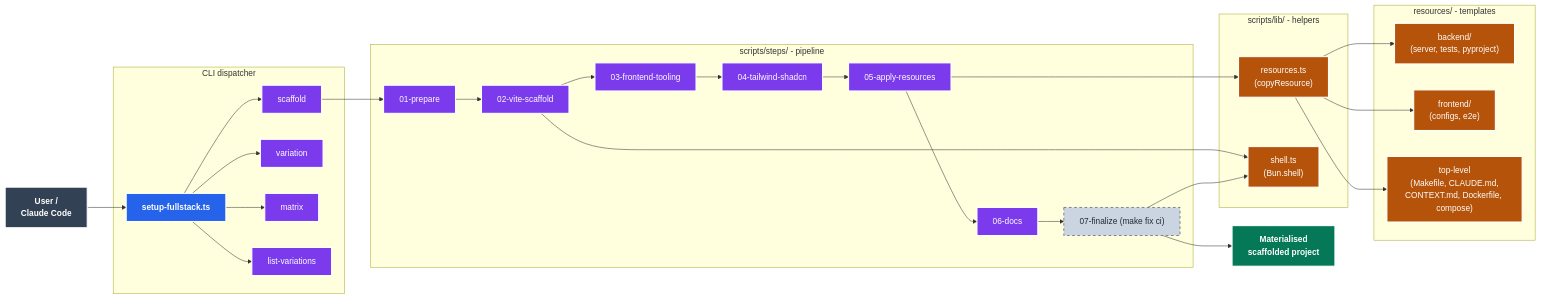
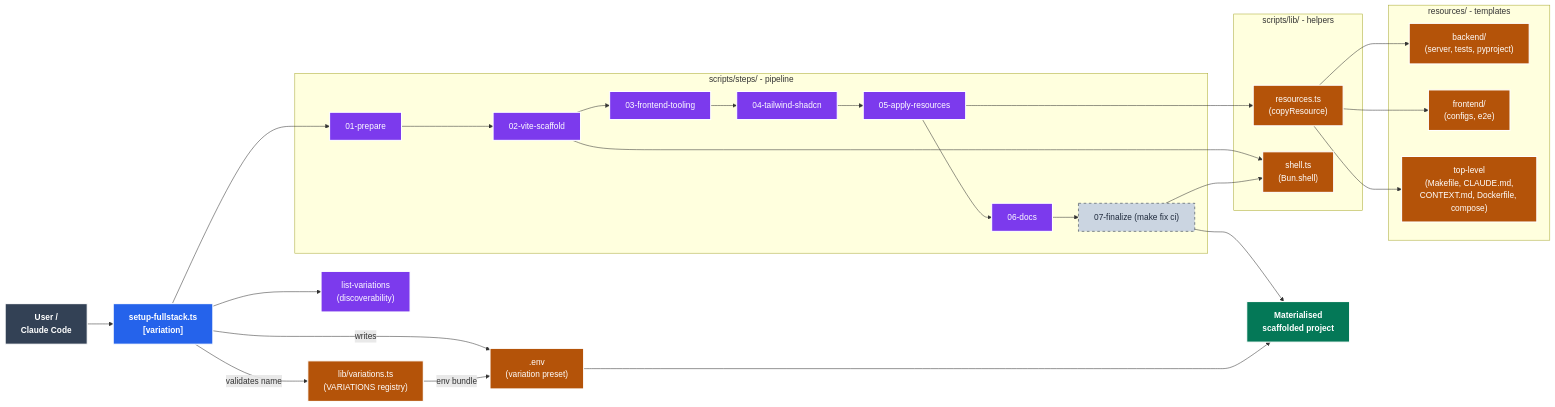
Before and after one commit to neozenith/agentic-dotfiles: the second of 4 diagrams in skills/setup-fullstack/README.md, drawn with Mermaid. The commit also changed other lines of this file and 8 other files, not shown here.

Commit message:
refactor(setup-fullstack): removed unneeded skill testing matrix from internal cli tool

````diff
--- a/skills/setup-fullstack/README.md
+++ b/skills/setup-fullstack/README.md
@@ -44,57 +45,54 @@
 ```mermaid
 flowchart LR
     User["User /<br/>Claude Code"]:::entry
-
-    subgraph CLISub["CLI dispatcher"]
-        Main["setup-fullstack.ts"]:::cli
-        ScaffoldCmd["scaffold"]:::backend
-        VariationCmd["variation"]:::backend
-        MatrixCmd["matrix"]:::backend
-        ListCmd["list-variations"]:::backend
-    end
+    Main["setup-fullstack.ts<br/>[variation]"]:::cli
+    ListCmd["list-variations<br/>(discoverability)"]:::backend
+    Variations["lib/variations.ts<br/>(VARIATIONS registry)"]:::data
 
     subgraph StepsSub["scripts/steps/ - pipeline"]
         S01["01-prepare"]:::backend
         S02["02-vite-scaffold"]:::backend
         S03["03-frontend-tooling"]:::backend
         S04["04-tailwind-shadcn"]:::backend
         S05["05-apply-resources"]:::backend
         S06["06-docs"]:::backend
         S07["07-finalize (make fix ci)"]:::test
     end
 
     subgraph LibsSub["scripts/lib/ - helpers"]
-        Resources["resources.ts<br/>(copyResource)"]:::data
+        ResourcesLib["resources.ts<br/>(copyResource)"]:::data
         Shell["shell.ts<br/>(Bun.shell)"]:::data
     end
 
     subgraph TreeSub["resources/ - templates"]
         BackendT["backend/<br/>(server, tests, pyproject)"]:::data
         FrontendT["frontend/<br/>(configs, e2e)"]:::data
         TopT["top-level<br/>(Makefile, CLAUDE.md,<br/>CONTEXT.md, Dockerfile, compose)"]:::data
     end
 
+    EnvFile[".env<br/>(variation preset)"]:::data
     Output["Materialised<br/>scaffolded project"]:::usercode
 
     User --> Main
-    Main --> ScaffoldCmd
-    Main --> VariationCmd
-    Main --> MatrixCmd
     Main --> ListCmd
-    ScaffoldCmd --> S01
+    Main -->|validates name| Variations
+    Main --> S01
     S01 --> S02 --> S03 --> S04 --> S05 --> S06 --> S07
-    S05 --> Resources
-    Resources --> BackendT
-    Resources --> FrontendT
-    Resources --> TopT
+    S05 --> ResourcesLib
+    ResourcesLib --> BackendT
+    ResourcesLib --> FrontendT
+    ResourcesLib --> TopT
     S02 --> Shell
     S07 --> Shell
+    Main -->|writes| EnvFile
+    Variations -->|env bundle| EnvFile
     S07 --> Output
+    EnvFile --> Output
 
     classDef entry    fill:#334155,stroke:#fff,color:#fff,stroke-width:2px,font-weight:bold
     classDef cli      fill:#2563eb,stroke:#fff,color:#fff,stroke-width:2px,font-weight:bold
     classDef backend  fill:#7c3aed,stroke:#fff,color:#fff,stroke-width:2px
     classDef data     fill:#b45309,stroke:#fff,color:#fff,stroke-width:2px
     classDef usercode fill:#047857,stroke:#fff,color:#fff,stroke-width:2px,font-weight:bold
     classDef test     fill:#cbd5e1,stroke:#1e293b,color:#1e293b,stroke-width:1px,stroke-dasharray:5 5
 ```
````
